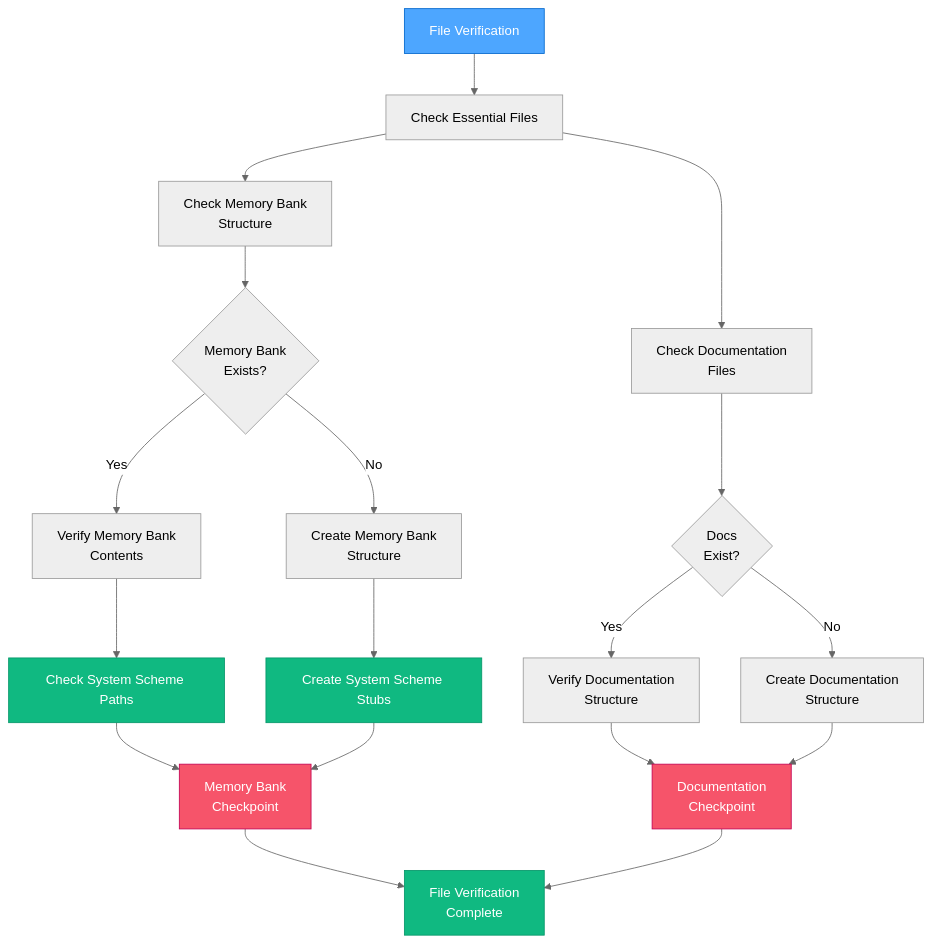
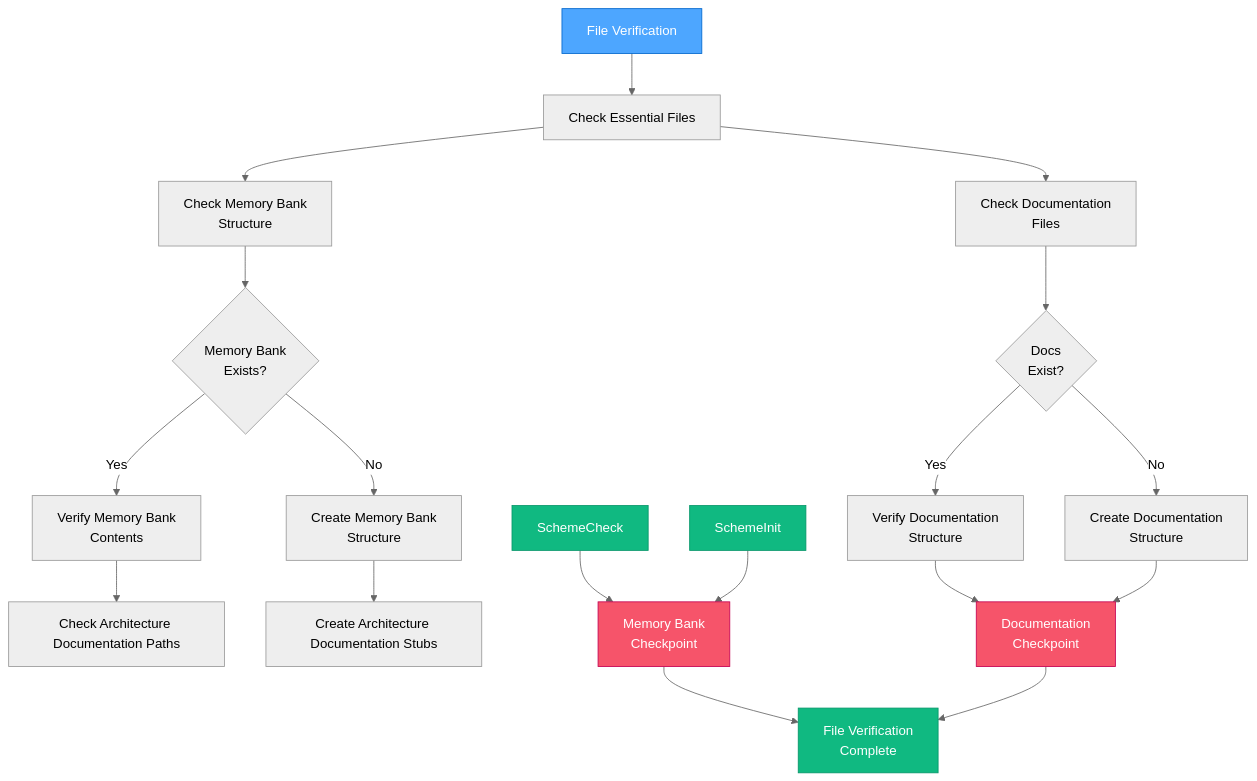
One commit to DennisGrammes/arc42-memory-bank changed the third of 13 diagrams in .github/instructions/rules/isolation_rules/visual-maps/van-mode-map.md. Above: the diagram before and after it, drawn with Mermaid (neutral theme). The commit also changed 25 other files, not shown here.

First line of the commit message:
feat: Migrate from C4 model to arc42 architecture documentation

````diff
--- a/.github/instructions/rules/isolation_rules/visual-maps/van-mode-map.md
+++ b/.github/instructions/rules/isolation_rules/visual-maps/van-mode-map.md
@@ -91,30 +91,30 @@
 ```mermaid
 graph TD
     FV["File Verification"] --> CheckFiles["Check Essential Files"]
     CheckFiles --> CheckMB["Check Memory Bank<br>Structure"]
     CheckMB --> MBExists{"Memory Bank<br>Exists?"}
     
     MBExists -->|"Yes"| VerifyMB["Verify Memory Bank<br>Contents"]
     MBExists -->|"No"| CreateMB["Create Memory Bank<br>Structure"]
 
-    VerifyMB --> SchemeCheck["Check System Scheme Paths"]
-    CreateMB --> SchemeInit["Create System Scheme Stubs"]
+    VerifyMB --> ArchCheck["Check Architecture Documentation Paths"]
+    CreateMB --> ArchInit["Create Architecture Documentation Stubs"]
     
     CheckFiles --> CheckDocs["Check Documentation<br>Files"]
     CheckDocs --> DocsExist{"Docs<br>Exist?"}
     
     DocsExist -->|"Yes"| VerifyDocs["Verify Documentation<br>Structure"]
     DocsExist -->|"No"| CreateDocs["Create Documentation<br>Structure"]
     
     SchemeCheck & SchemeInit --> MBCP["Memory Bank<br>Checkpoint"]
     VerifyDocs & CreateDocs --> DocsCP["Documentation<br>Checkpoint"]
     
     MBCP & DocsCP --> FileComplete["File Verification<br>Complete"]
     
     style FV fill:#4da6ff,stroke:#0066cc,color:white
     style FileComplete fill:#10b981,stroke:#059669,color:white
     style MBCP fill:#f6546a,stroke:#c30052,color:white
     style DocsCP fill:#f6546a,stroke:#c30052,color:white
     style SchemeCheck fill:#10b981,stroke:#059669,color:white
     style SchemeInit fill:#10b981,stroke:#059669,color:white
 ```
````
